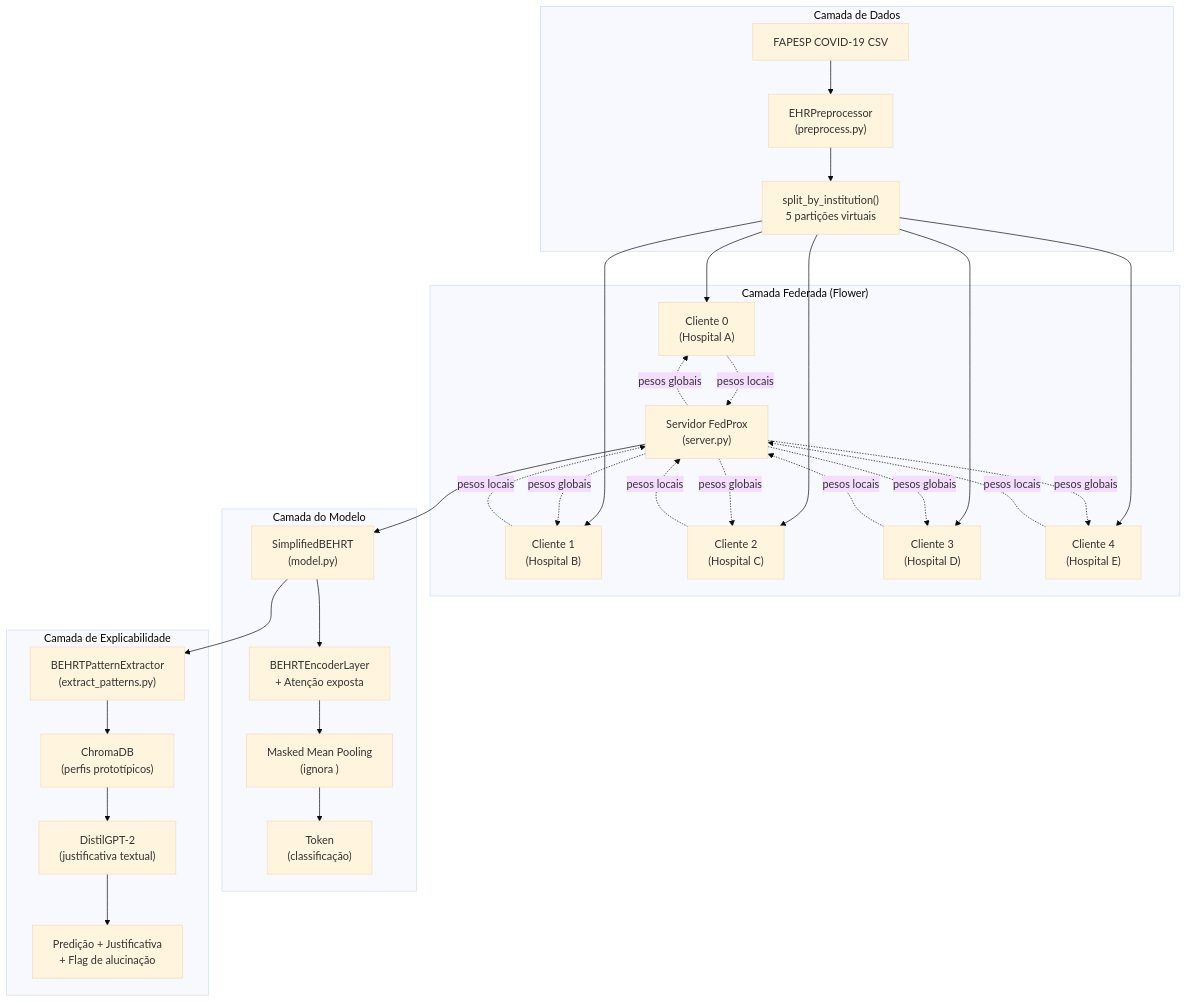
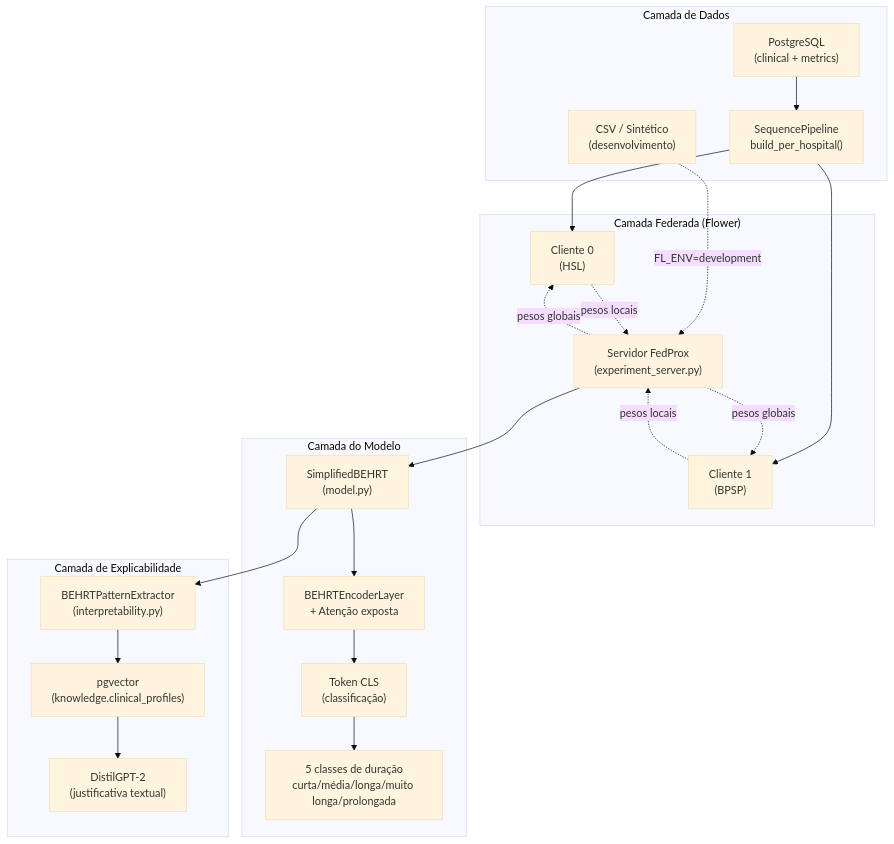
Before and after one commit to JacAbreu/mosaic-fl: the first of 4 diagrams in README_v2.md, drawn with Mermaid (base theme). The commit also changed other lines of this file and 24 other files, not shown here.

````diff
--- a/README_v2.md
+++ b/README_v2.md
@@ -118,39 +120,36 @@
 ```mermaid
 flowchart TB
     subgraph Dados[" Camada de Dados"]
-        CSV["FAPESP COVID-19 CSV"]
-        PRE["EHRPreprocessor<br/>(preprocess.py)"]
-        SPLIT["split_by_institution()<br/>5 partições virtuais"]
+        DB["PostgreSQL\n(clinical + metrics)"]
+        PIPE["SequencePipeline\nbuild_per_hospital()"]
+        CSV["CSV / Sintético\n(desenvolvimento)"]
     end
 
     subgraph FL[" Camada Federada (Flower)"]
-        SRV["Servidor FedProx<br/>(server.py)"]
-        C1["Cliente 0<br/>(Hospital A)"]
-        C2["Cliente 1<br/>(Hospital B)"]
-        C3["Cliente 2<br/>(Hospital C)"]
-        C4["Cliente 3<br/>(Hospital D)"]
-        C5["Cliente 4<br/>(Hospital E)"]
+        SRV["Servidor FedProx\n(experiment_server.py)"]
+        C0["Cliente 0\n(HSL)"]
+        C1["Cliente 1\n(BPSP)"]
     end
 
     subgraph Modelo[" Camada do Modelo"]
-        BEHRT["SimplifiedBEHRT<br/>(model.py)"]
-        ENC["BEHRTEncoderLayer<br/>+ Atenção exposta"]
-        POOL["Masked Mean Pooling<br/>(ignora <PAD>)"]
-        CLS["Token <CLS><br/>(classificação)"]
+        BEHRT["SimplifiedBEHRT\n(model.py)"]
+        ENC["BEHRTEncoderLayer\n+ Atenção exposta"]
+        CLS["Token CLS\n(classificação)"]
+        OUT5["5 classes de duração\ncurta/média/longa/muito longa/prolongada"]
     end
 
     subgraph RAG[" Camada de Explicabilidade"]
-        EXT["BEHRTPatternExtractor<br/>(extract_patterns.py)"]
-        CHROMA["ChromaDB<br/>(perfis prototípicos)"]
-        LLM["DistilGPT-2<br/>(justificativa textual)"]
-        OUT["Predição + Justificativa<br/>+ Flag de alucinação"]
+        EXT["BEHRTPatternExtractor\n(interpretability.py)"]
+        PGVEC["pgvector\n(knowledge.clinical_profiles)"]
+        LLM["DistilGPT-2\n(justificativa textual)"]
     end
 
-    CSV --> PRE --> SPLIT
-    SPLIT --> C1 & C2 & C3 & C4 & C5
-    SRV -. "pesos globais" .-> C1 & C2 & C3 & C4 & C5
-    C1 & C2 & C3 & C4 & C5 -. "pesos locais" .-> SRV
+    DB --> PIPE
+    CSV -.->|FL_ENV=development| SRV
+    PIPE --> C0 & C1
+    SRV -. "pesos globais" .-> C0 & C1
+    C0 & C1 -. "pesos locais" .-> SRV
     SRV --> BEHRT
-    BEHRT --> ENC --> POOL --> CLS
-    BEHRT --> EXT --> CHROMA --> LLM --> OUT
+    BEHRT --> ENC --> CLS --> OUT5
+    BEHRT --> EXT --> PGVEC --> LLM
 ```
````
